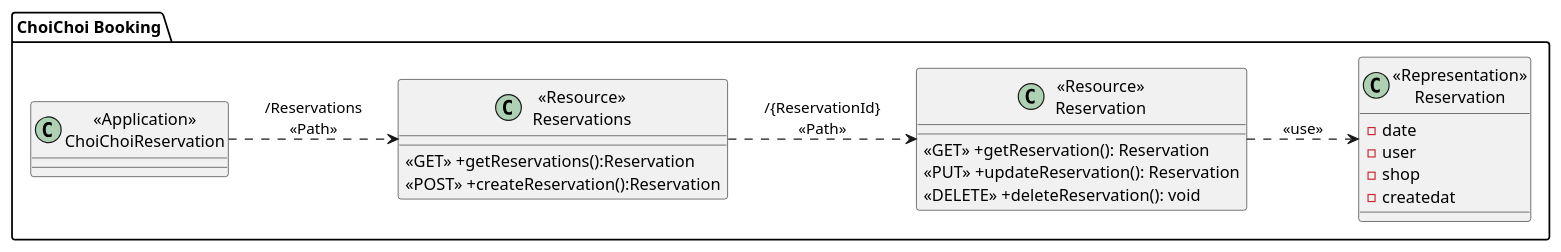
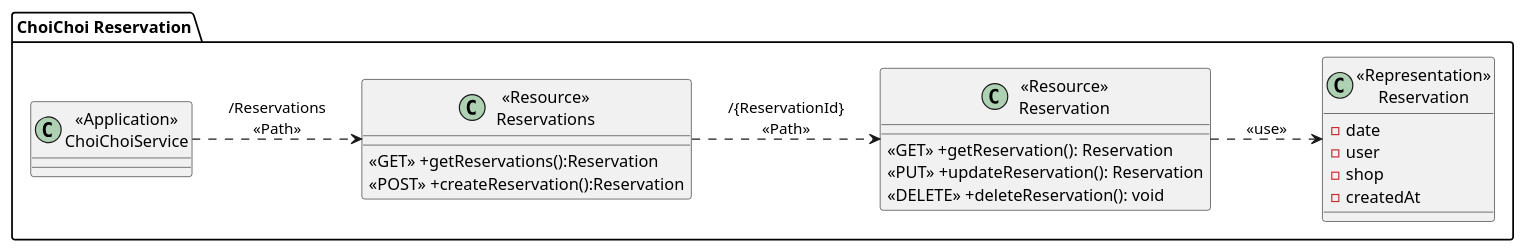
The diagram in diagram/ReservationClass.puml (2110503TACEDT66/presentation-day-1-choichoi), drawn with PlantUML before and after one commit. The commit also changed 2 other files, not shown here.

```diff
--- a/diagram/ReservationClass.puml
+++ b/diagram/ReservationClass.puml
@@ -1,32 +1,32 @@
 @startuml
 left to right direction
-package "ChoiChoi Booking"{
-    class "<<Application>>\nChoiChoiReservation" as ChoiChoiService{}
+package "ChoiChoi Reservation"{
+    class "<<Application>>\nChoiChoiService" as ChoiChoiService{}
 
     class "<<Resource>>\nReservations" as ResourceReservations{
         <<GET>> +getReservations():Reservation
         <<POST>> +createReservation():Reservation
     }
 
     class "<<Resource>>\nReservation" as ResourceReservation {
         <<GET>> +getReservation(): Reservation
         <<PUT>> +updateReservation(): Reservation
         <<DELETE>> +deleteReservation(): void
     }
 
     class "<<Representation>>\nReservation" as RepresentationReservation {
         -date
         -user
         -shop
-        -createdat
+        -createdAt
     }
 
 }
 
 ChoiChoiService ..> ResourceReservations:"/Reservations\n<<Path>>"
 ResourceReservations ..> ResourceReservation: "/{ReservationId}\n<<Path>>"
 ResourceReservation ..> RepresentationReservation: "<<use>>"
 
 
 
 @enduml
```
